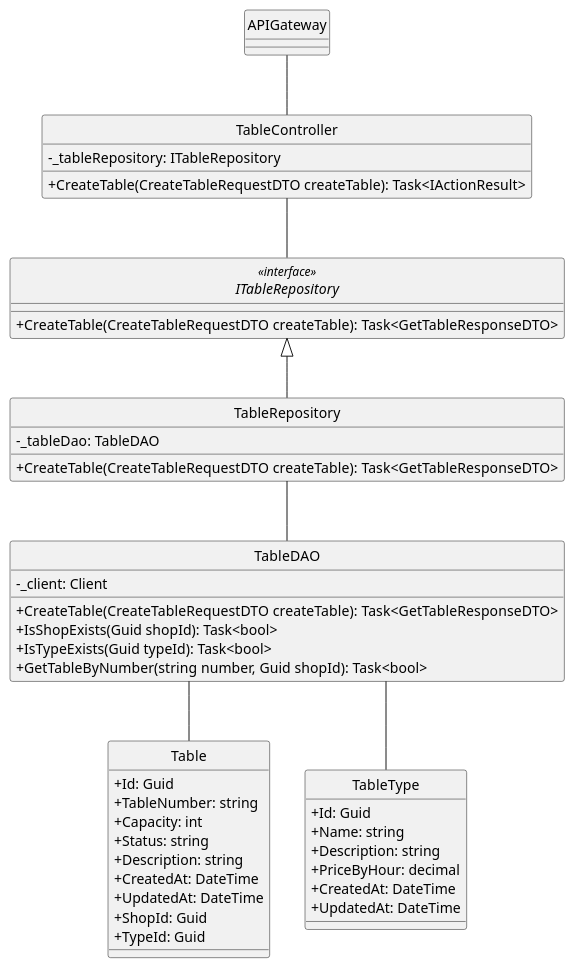
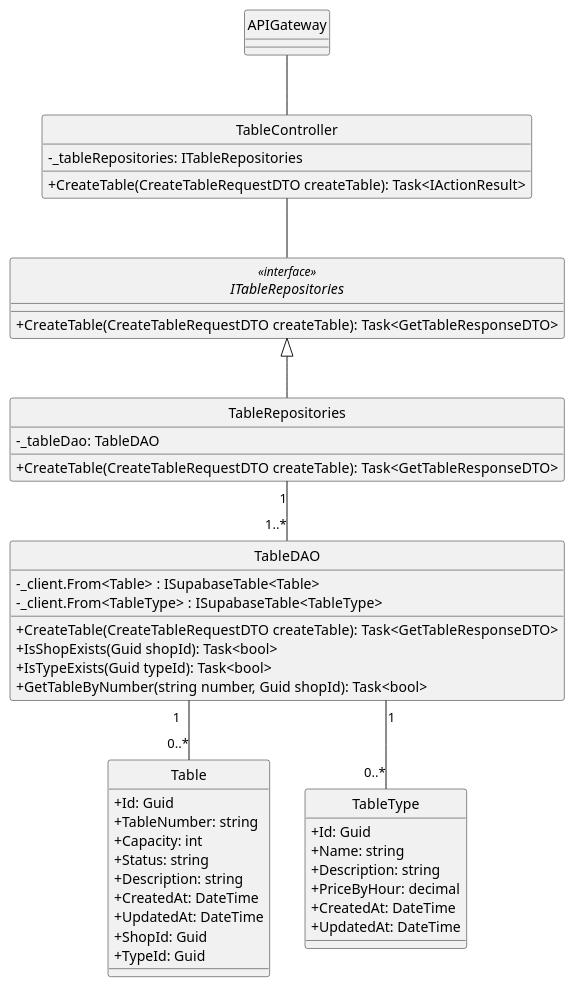
Before and after one commit to minhnhut23/FPT-OBOMS: the diagram in docs/ClassDiagram/Table/CreateTable.plantuml, drawn with PlantUML. The commit also changed 9 other files, not shown here.

Commit message:
table feature sequence-diagram

```diff
--- a/docs/ClassDiagram/Table/CreateTable.plantuml
+++ b/docs/ClassDiagram/Table/CreateTable.plantuml
@@ -1,59 +1,60 @@
 @startuml
 hide circle
 skinparam classAttributeIconSize 0
 skinparam linetype ortho
 
 
 class APIGateway {
 }
 class TableController {
-    - _tableRepository: ITableRepository
+    - _tableRepositories: ITableRepositories
     + CreateTable(CreateTableRequestDTO createTable): Task<IActionResult> 
 }
 
-interface ITableRepository <<interface>> {
+interface ITableRepositories <<interface>> {
     + CreateTable(CreateTableRequestDTO createTable): Task<GetTableResponseDTO> 
 }
 
-class TableRepository {
+class TableRepositories {
     - _tableDao: TableDAO
     + CreateTable(CreateTableRequestDTO createTable): Task<GetTableResponseDTO>
 }
 
 class TableDAO {
-    - _client: Client
+    - _client.From<Table> : ISupabaseTable<Table>
+    - _client.From<TableType> : ISupabaseTable<TableType>
     + CreateTable(CreateTableRequestDTO createTable): Task<GetTableResponseDTO> 
     + IsShopExists(Guid shopId): Task<bool> 
     + IsTypeExists(Guid typeId): Task<bool> 
     + GetTableByNumber(string number, Guid shopId): Task<bool> 
 }
 
 class Table {
     + Id: Guid
     + TableNumber: string
     + Capacity: int
     + Status: string
     + Description: string
     + CreatedAt: DateTime
     + UpdatedAt: DateTime
     + ShopId: Guid
     + TypeId: Guid
 }
 
 class TableType {
     + Id: Guid
     + Name: string
     + Description: string
     + PriceByHour: decimal
     + CreatedAt: DateTime
     + UpdatedAt: DateTime
 }
 
 APIGateway -- TableController
-TableController -- ITableRepository
-ITableRepository <|-- TableRepository
-TableRepository -- TableDAO
-TableDAO -- Table
-TableDAO -- TableType
+TableController -- ITableRepositories
+ITableRepositories <|-- TableRepositories
+TableRepositories "1"--"1..*" TableDAO
+TableDAO "1"--"0..*" Table
+TableDAO "1"--"0..*" TableType
 
 @enduml
```
